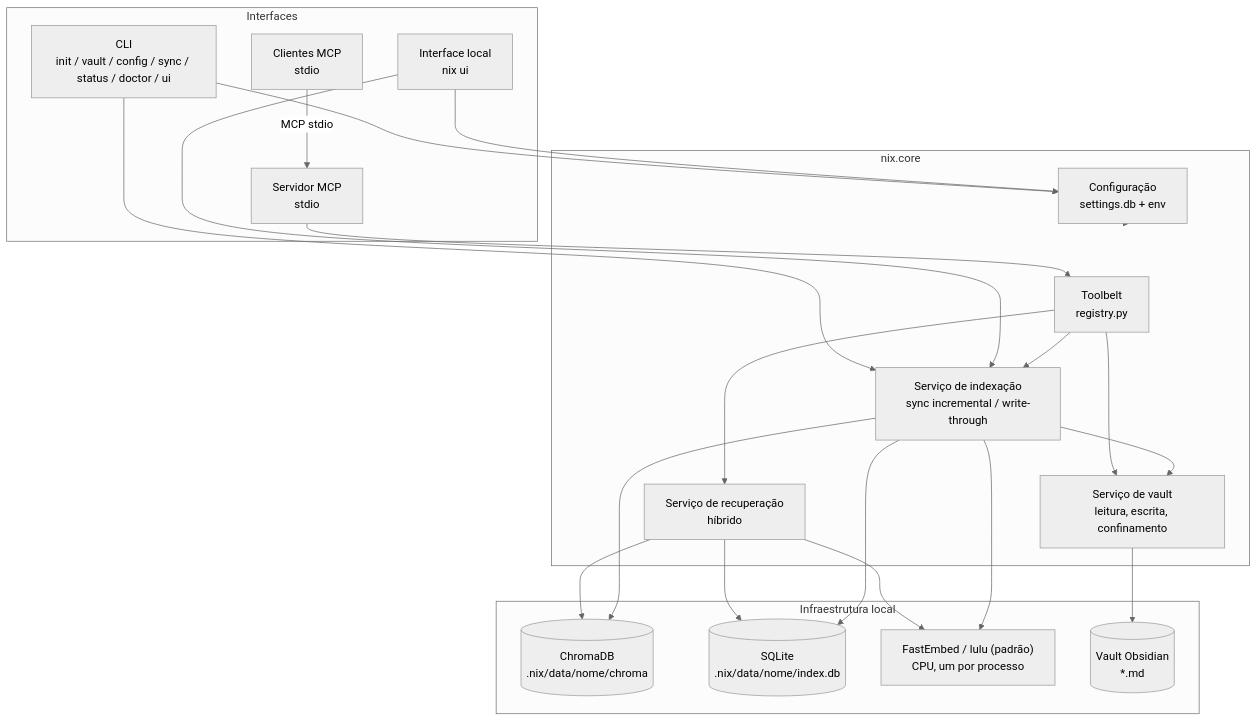
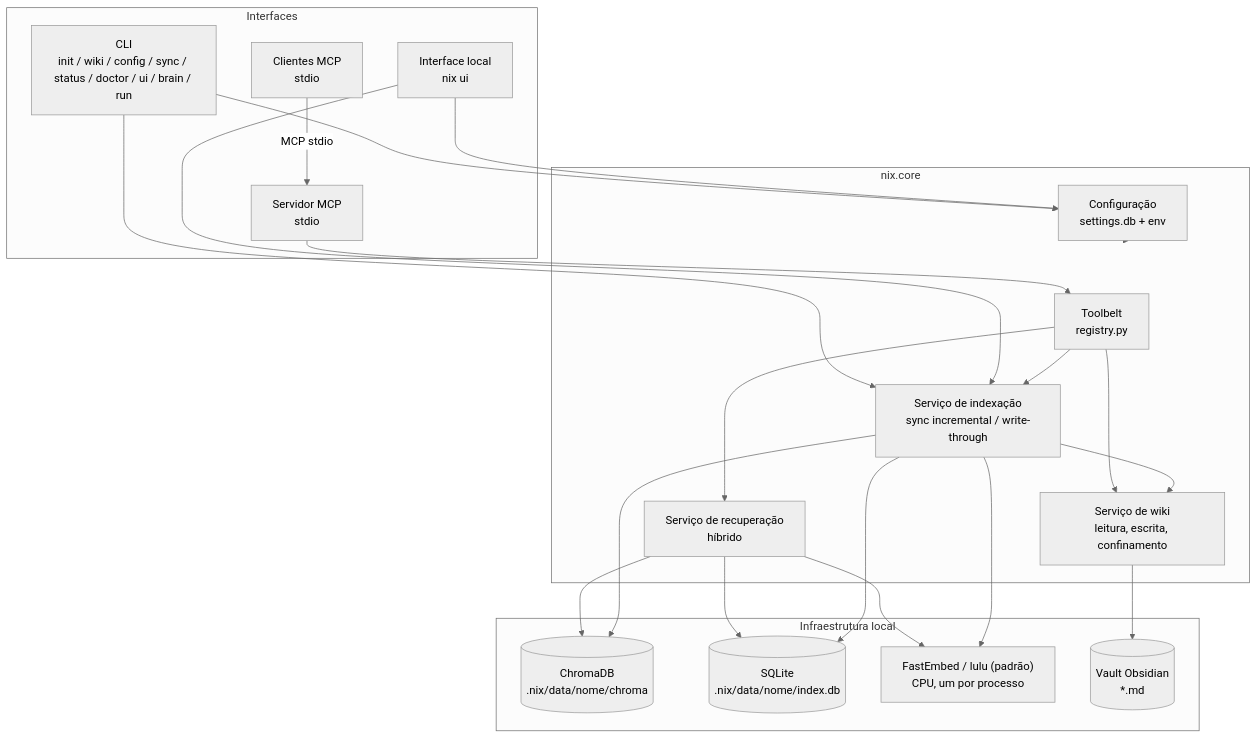
Before and after one commit to paulocesaaars/nix: the first of 4 diagrams in docs/TDD.md, drawn with Mermaid (neutral theme). The commit also changed other lines of this file and 5 other files, not shown here.

````diff
--- a/docs/TDD.md
+++ b/docs/TDD.md
@@ -40,43 +40,43 @@
 ```mermaid
 graph TB
     subgraph Interfaces
         Client["Clientes MCP<br/>stdio"]
-        CLI["CLI<br/>init / vault / config / sync / status / doctor / ui"]
+        CLI["CLI<br/>init / wiki / config / sync / status / doctor / ui / brain / run"]
         UI["Interface local<br/>nix ui"]
         MCP["Servidor MCP<br/>stdio"]
     end
 
     subgraph Core["nix.core"]
         TOOLS["Toolbelt<br/>registry.py"]
         RAG["Serviço de recuperação<br/>híbrido"]
         IDX["Serviço de indexação<br/>sync incremental / write-through"]
-        VAULT["Serviço de vault<br/>leitura, escrita, confinamento"]
+        VAULT["Serviço de wiki<br/>leitura, escrita, confinamento"]
         CFG["Configuração<br/>settings.db + env"]
     end
 
     subgraph Infra["Infraestrutura local"]
         CHROMA[("ChromaDB<br/>.nix/data/nome/chroma")]
         SQLITE[("SQLite<br/>.nix/data/nome/index.db")]
         EMB["FastEmbed / lulu (padrão)<br/>CPU, um por processo"]
         FS[("Vault Obsidian<br/>*.md")]
     end
 
     Client -->|"MCP stdio"| MCP
     CLI --> CFG
     CLI --> IDX
     UI --> CFG
     UI --> IDX
     MCP --> TOOLS
     TOOLS --> RAG
     TOOLS --> VAULT
     TOOLS --> IDX
     RAG --> CHROMA
     RAG --> SQLITE
     RAG --> EMB
     IDX --> CHROMA
     IDX --> SQLITE
     IDX --> EMB
     IDX --> VAULT
     VAULT --> FS
     CFG -.-> Core
 ```
````
